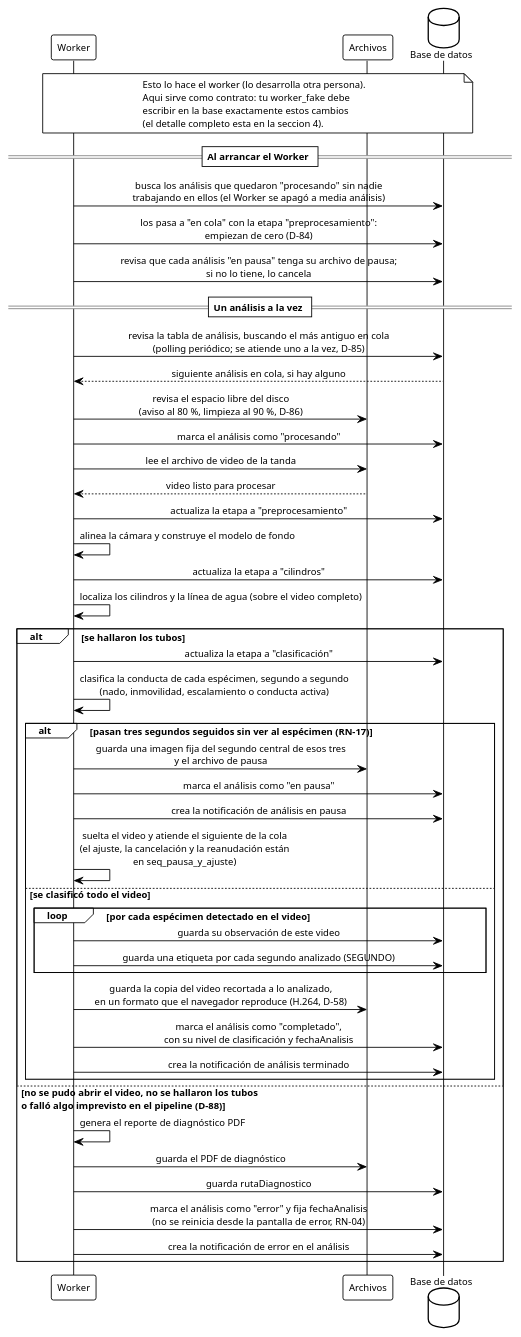
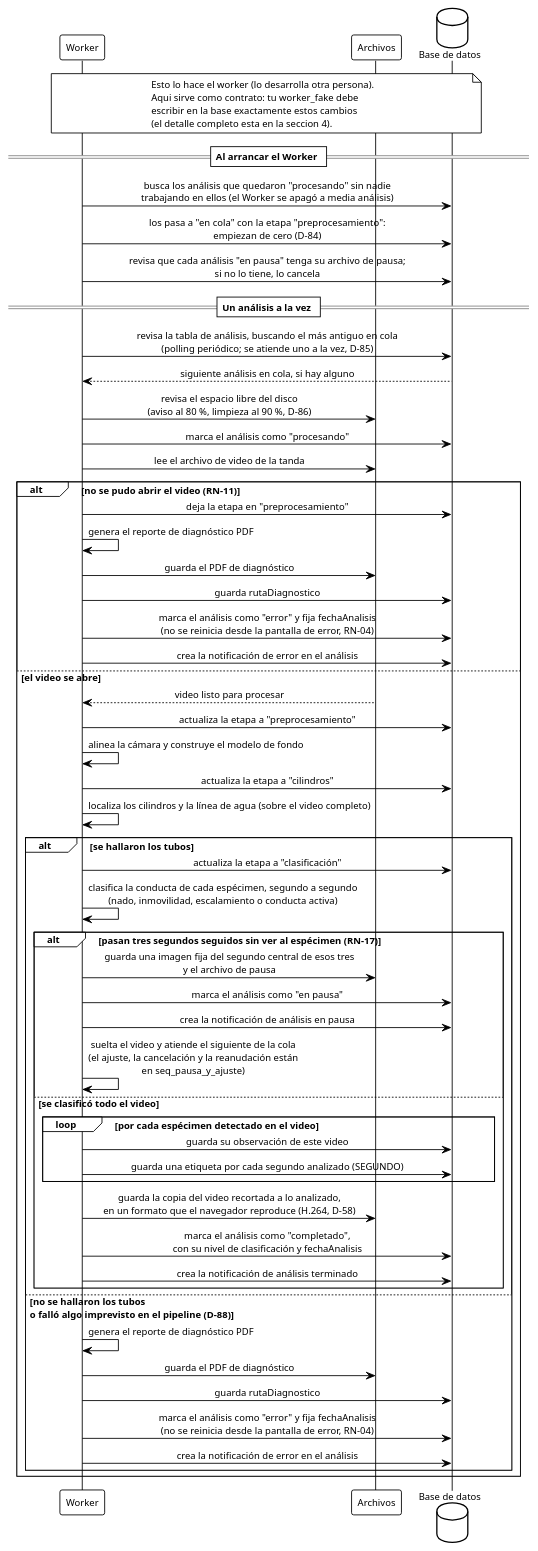
One commit to ErickJester/fst-ai-system-latex changed diagram 31 of 39 in INSTRUCCIONES-WEB.md. Above: the diagram before and after it, drawn with PlantUML. The commit also changed other lines of this file and 30 other files, not shown here.

````diff
--- a/INSTRUCCIONES-WEB.md
+++ b/INSTRUCCIONES-WEB.md
@@ -2667,69 +2683,79 @@
 ```plantuml
 @startuml seq_analisis_automatico
 !theme plain
 skinparam defaultFontName Arial
 skinparam defaultFontSize 11
 skinparam shadowing false
 skinparam sequenceMessageAlign center
 skinparam BoxPadding 10
 participant Worker as w
 participant "Archivos" as fs
 database "Base de datos" as db
 
 note over w, db
   Esto lo hace el worker (lo desarrolla otra persona).
   Aqui sirve como contrato: tu worker_fake debe
   escribir en la base exactamente estos cambios
   (el detalle completo esta en la seccion 4).
 end note
 
 == Al arrancar el Worker ==
 
 w -> db: busca los análisis que quedaron "procesando" sin nadie\ntrabajando en ellos (el Worker se apagó a media análisis)
 w -> db: los pasa a "en cola" con la etapa "preprocesamiento":\nempiezan de cero (D-84)
 w -> db: revisa que cada análisis "en pausa" tenga su archivo de pausa;\nsi no lo tiene, lo cancela
 
 == Un análisis a la vez ==
 
 w -> db: revisa la tabla de análisis, buscando el más antiguo en cola\n(polling periódico; se atiende uno a la vez, D-85)
 db --> w: siguiente análisis en cola, si hay alguno
 w -> fs: revisa el espacio libre del disco\n(aviso al 80 %, limpieza al 90 %, D-86)
 w -> db: marca el análisis como "procesando"
 
 w -> fs: lee el archivo de video de la tanda
+
+alt no se pudo abrir el video (RN-11)
+  w -> db: deja la etapa en "preprocesamiento"
+  w -> w: genera el reporte de diagnóstico PDF
+  w -> fs: guarda el PDF de diagnóstico
+  w -> db: guarda rutaDiagnostico
+  w -> db: marca el análisis como "error" y fija fechaAnalisis\n(no se reinicia desde la pantalla de error, RN-04)
+  w -> db: crea la notificación de error en el análisis
+else el video se abre
 fs --> w: video listo para procesar
 
 w -> db: actualiza la etapa a "preprocesamiento"
 w -> w: alinea la cámara y construye el modelo de fondo
 
 w -> db: actualiza la etapa a "cilindros"
 w -> w: localiza los cilindros y la línea de agua (sobre el video completo)
 
 alt se hallaron los tubos
   w -> db: actualiza la etapa a "clasificación"
   w -> w: clasifica la conducta de cada espécimen, segundo a segundo\n(nado, inmovilidad, escalamiento o conducta activa)
   alt pasan tres segundos seguidos sin ver al espécimen (RN-17)
     w -> fs: guarda una imagen fija del segundo central de esos tres\ny el archivo de pausa
     w -> db: marca el análisis como "en pausa"
     w -> db: crea la notificación de análisis en pausa
     w -> w: suelta el video y atiende el siguiente de la cola\n(el ajuste, la cancelación y la reanudación están\nen seq_pausa_y_ajuste)
   else se clasificó todo el video
 
     loop por cada espécimen detectado en el video
       w -> db: guarda su observación de este video
       w -> db: guarda una etiqueta por cada segundo analizado (SEGUNDO)
     end
 
     w -> fs: guarda la copia del video recortada a lo analizado,\nen un formato que el navegador reproduce (H.264, D-58)
     w -> db: marca el análisis como "completado",\ncon su nivel de clasificación y fechaAnalisis
     w -> db: crea la notificación de análisis terminado
   end
-else no se pudo abrir el video, no se hallaron los tubos\no falló algo imprevisto en el pipeline (D-88)
+else no se hallaron los tubos\no falló algo imprevisto en el pipeline (D-88)
   w -> w: genera el reporte de diagnóstico PDF
   w -> fs: guarda el PDF de diagnóstico
   w -> db: guarda rutaDiagnostico
   w -> db: marca el análisis como "error" y fija fechaAnalisis\n(no se reinicia desde la pantalla de error, RN-04)
   w -> db: crea la notificación de error en el análisis
 end
+end
 @enduml
 ```
````
